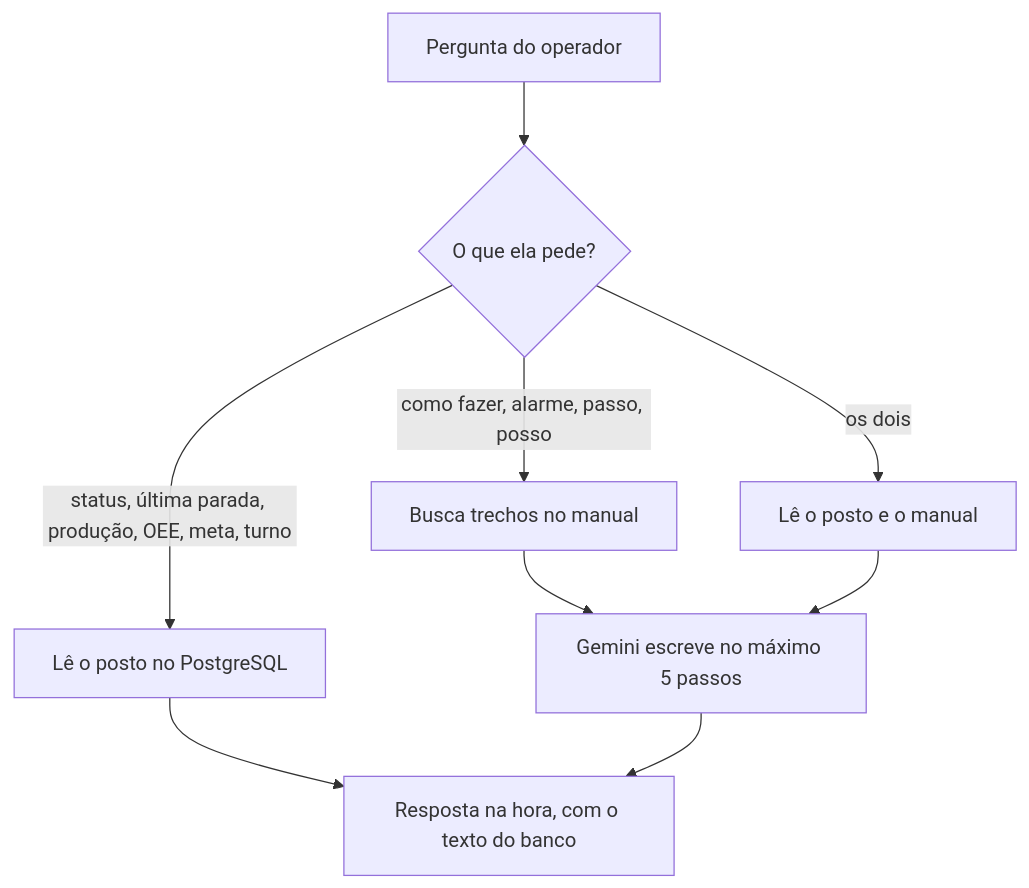
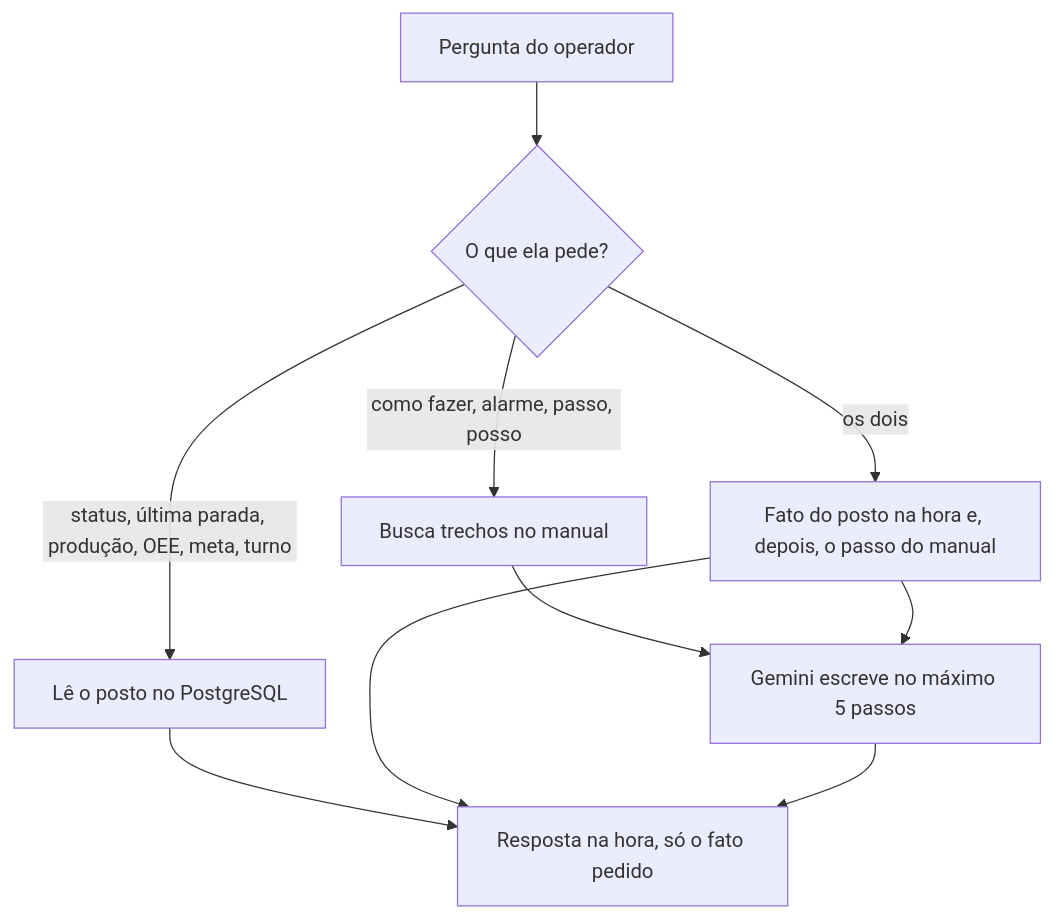
One commit to israeloliveiradev/diforp-oee changed the fourth of 4 diagrams in docs/como-a-aplicacao-funciona.md. Above: the diagram before and after it, drawn with Mermaid. The commit also changed other lines of this file and 27 other files, not shown here.

First line of the commit message:
feat: o posto aponta a ordem certa e o chat responde só o fato

````diff
--- a/docs/como-a-aplicacao-funciona.md
+++ b/docs/como-a-aplicacao-funciona.md
@@ -125,11 +125,12 @@
 ```mermaid
 flowchart TD
   P[Pergunta do operador] --> C{O que ela pede?}
   C -->|status, última parada, produção, OEE, meta, turno| B[Lê o posto no PostgreSQL]
   C -->|como fazer, alarme, passo, posso| M[Busca trechos no manual]
-  C -->|os dois| BM[Lê o posto e o manual]
-  B --> R[Resposta na hora, com o texto do banco]
+  C -->|os dois| BM[Fato do posto na hora e, depois, o passo do manual]
+  B --> R[Resposta na hora, só o fato pedido]
   M --> G2[Gemini escreve no máximo 5 passos]
+  BM --> R
   BM --> G2
   G2 --> R
 ```
````
